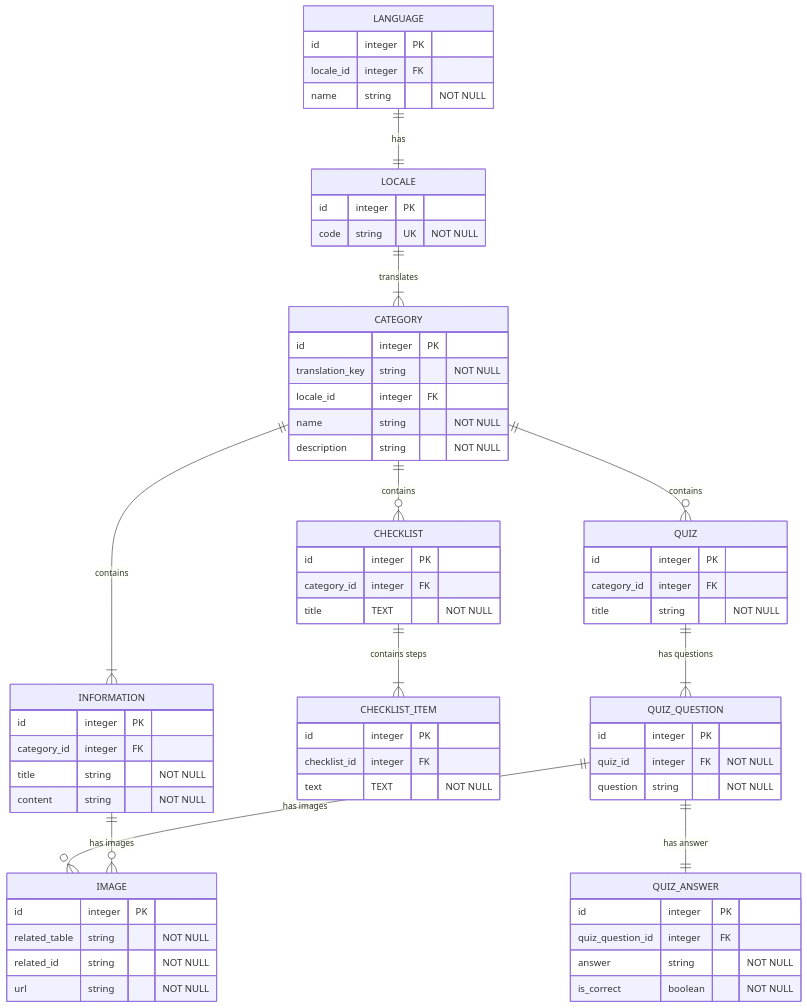
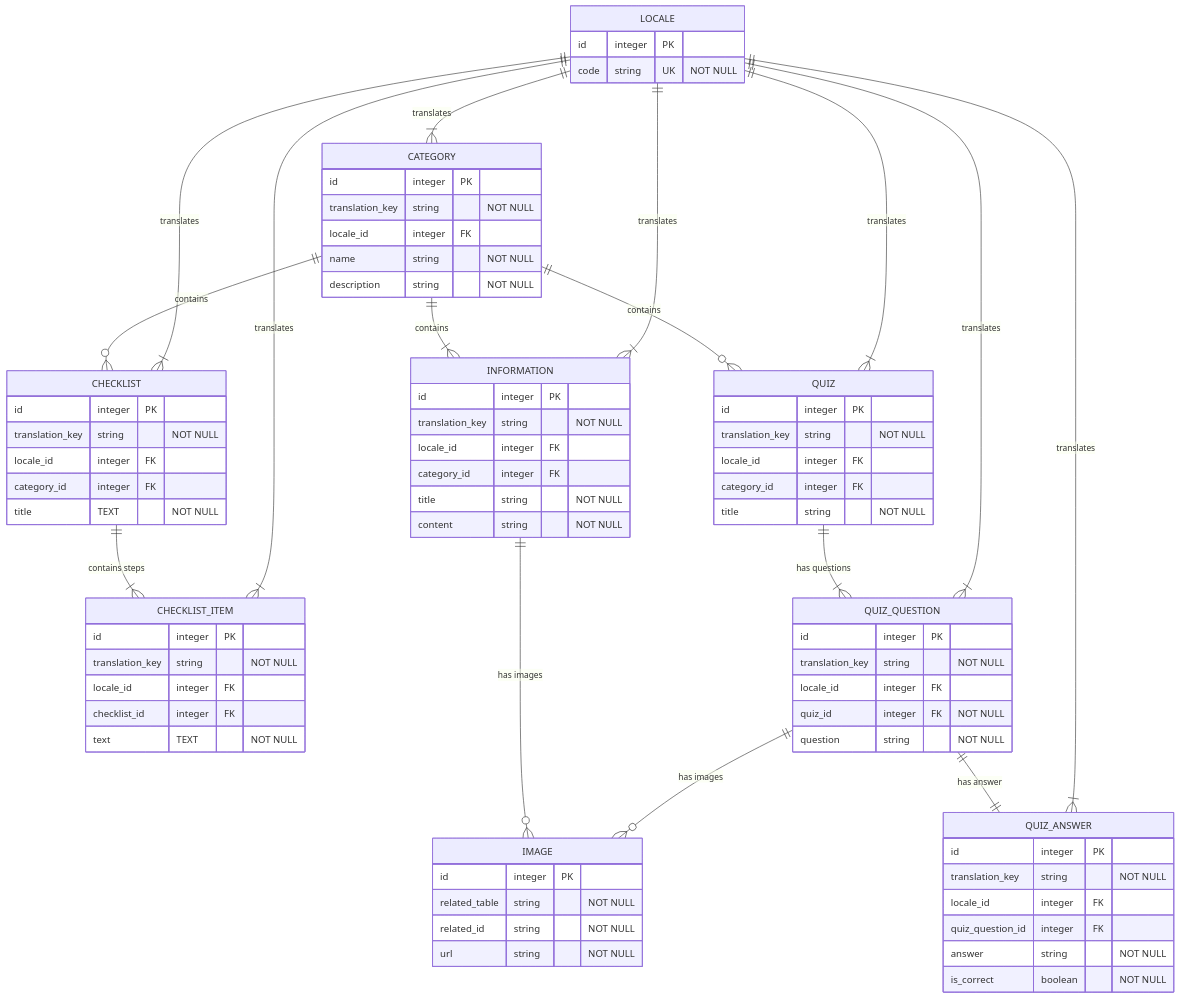
Before and after one commit to aiminhTech/swissway: the diagram in backend/src/db/DATABASE.md, drawn with Mermaid. The commit also changed other lines of this file and 9 other files, not shown here.

````diff
--- a/backend/src/db/DATABASE.md
+++ b/backend/src/db/DATABASE.md
@@ -1,11 +1,16 @@
 ```mermaid
 erDiagram
-  LANGUAGE ||--|| LOCALE : "has"
   LOCALE ||--|{ CATEGORY : "translates"
+  LOCALE ||--|{ INFORMATION : "translates"
+  LOCALE ||--|{ CHECKLIST : "translates"
+  LOCALE ||--|{ CHECKLIST_ITEM : "translates"
+  LOCALE ||--|{ QUIZ : "translates"
+  LOCALE ||--|{ QUIZ_QUESTION : "translates"
+  LOCALE ||--|{ QUIZ_ANSWER : "translates"
 
   CATEGORY ||--|{ INFORMATION : "contains"
-  CATEGORY ||--o{ CHECKLIST  : "contains"
-  CHECKLIST ||--|{ CHECKLIST_ITEM  : "contains steps"
+  CATEGORY ||--o{ CHECKLIST : "contains"
+  CHECKLIST ||--|{ CHECKLIST_ITEM : "contains steps"
 
   CATEGORY ||--o{ QUIZ : "contains"
   QUIZ ||--|{ QUIZ_QUESTION : "has questions"
@@ -19,14 +24,8 @@
     code string UK "NOT NULL"
   }
 
-  LANGUAGE {
-    id integer PK 
-    locale_id integer FK
-    name string "NOT NULL"
-  }
-
   CATEGORY {
-    id integer PK 
+    id integer PK
     translation_key string "NOT NULL"
     locale_id integer FK
     name string "NOT NULL"
@@ -34,38 +33,50 @@
   }
 
   INFORMATION {
-    id integer PK 
-    category_id integer FK 
+    id integer PK
+    translation_key string "NOT NULL"
+    locale_id integer FK
+    category_id integer FK
     title string "NOT NULL"
     content string "NOT NULL"
   }
 
   CHECKLIST {
-    id integer PK 
-    category_id integer FK            
-    title TEXT "NOT NULL"    
+    id integer PK
+    translation_key string "NOT NULL"
+    locale_id integer FK
+    category_id integer FK
+    title TEXT "NOT NULL"
   }
 
   CHECKLIST_ITEM {
     id integer PK
-    checklist_id integer FK 
-    text TEXT "NOT NULL"             
+    translation_key string "NOT NULL"
+    locale_id integer FK
+    checklist_id integer FK
+    text TEXT "NOT NULL"
   }
 
   QUIZ {
-    id integer PK 
-    category_id integer FK 
+    id integer PK
+    translation_key string "NOT NULL"
+    locale_id integer FK
+    category_id integer FK
     title string "NOT NULL"
   }
 
   QUIZ_QUESTION {
     id integer PK
+    translation_key string "NOT NULL"
+    locale_id integer FK
     quiz_id integer FK "NOT NULL"
     question string "NOT NULL"
   }
 
   QUIZ_ANSWER {
     id integer PK
+    translation_key string "NOT NULL"
+    locale_id integer FK
     quiz_question_id integer FK
     answer string "NOT NULL"
     is_correct boolean "NOT NULL"
@@ -74,7 +85,8 @@
   IMAGE {
     id integer PK
     related_table string "NOT NULL"
-    related_id string "NOT NULL"      
-    url string "NOT NULL"          
+    related_id string "NOT NULL"
+    url string "NOT NULL"
   }
+
 ```
````
